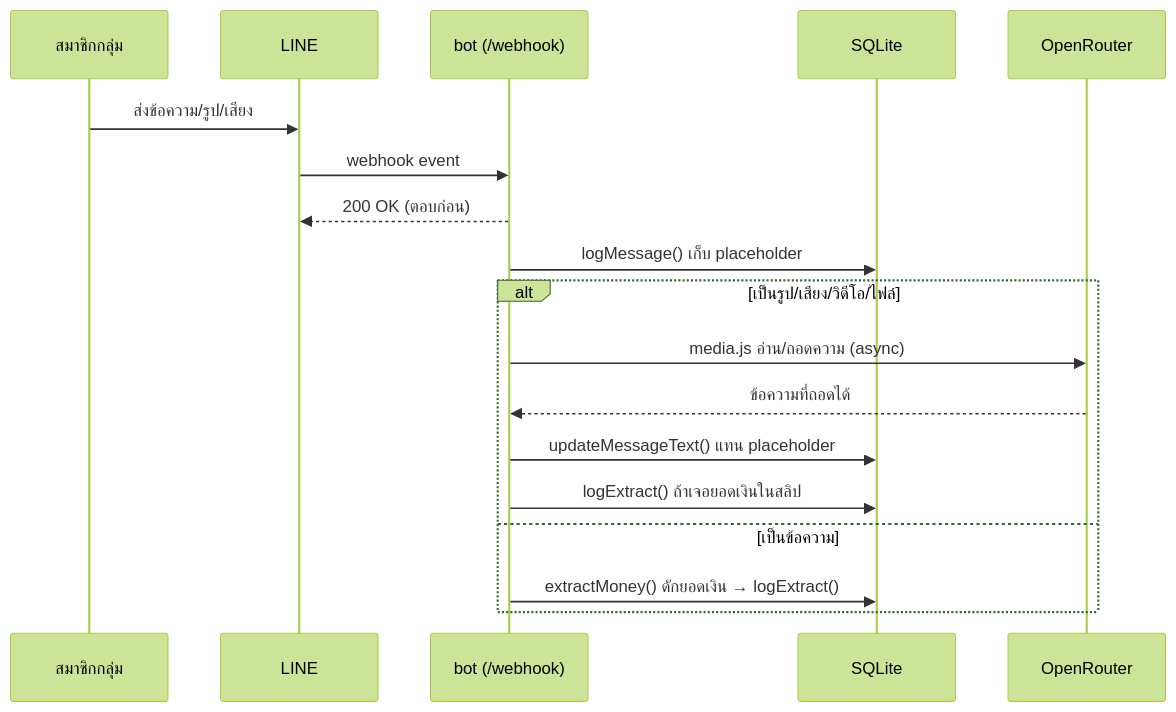
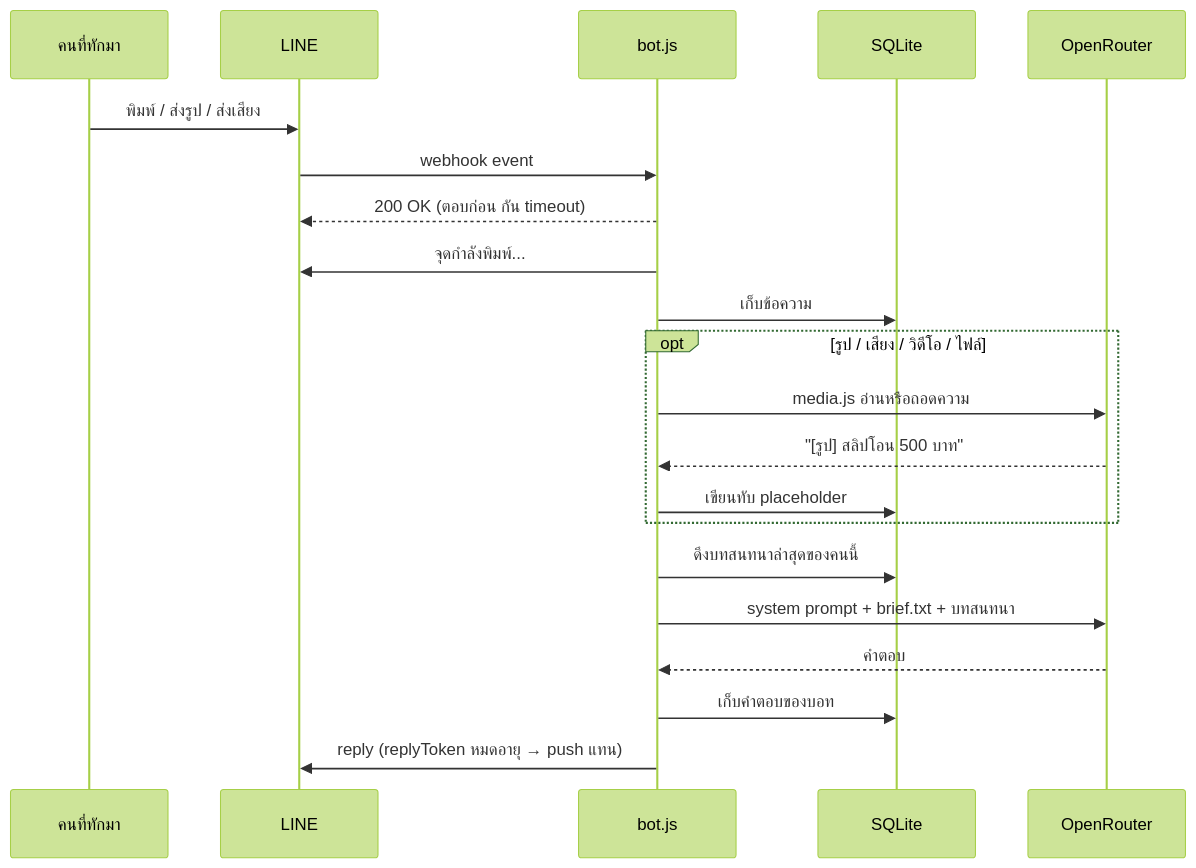
The second of 2 diagrams in WORKFLOW.md (Panya-037/line-group-bot-share), drawn with Mermaid (forest theme) before and after one commit. The commit also changed other lines of this file and 28 other files, not shown here.

First line of the commit message:
feat: เปลี่ยนเป็นแชทบอทส่วนตัว 1:1 สั่งหน้าที่ด้วย brief.txt

````diff
--- a/WORKFLOW.md
+++ b/WORKFLOW.md
@@ -36,20 +25,23 @@
 ```mermaid
 sequenceDiagram
-    participant U as สมาชิกกลุ่ม
+    participant U as คนที่ทักมา
     participant L as LINE
-    participant B as bot (/webhook)
+    participant B as bot.js
     participant DB as SQLite
     participant AI as OpenRouter
-    U->>L: ส่งข้อความ/รูป/เสียง
+    U->>L: พิมพ์ / ส่งรูป / ส่งเสียง
     L->>B: webhook event
-    B-->>L: 200 OK (ตอบก่อน)
-    B->>DB: logMessage() เก็บ placeholder
-    alt เป็นรูป/เสียง/วิดีโอ/ไฟล์
-      B->>AI: media.js อ่าน/ถอดความ (async)
-      AI-->>B: ข้อความที่ถอดได้
-      B->>DB: updateMessageText() แทน placeholder
-      B->>DB: logExtract() ถ้าเจอยอดเงินในสลิป
-    else เป็นข้อความ
-      B->>DB: extractMoney() ดักยอดเงิน → logExtract()
+    B-->>L: 200 OK (ตอบก่อน กัน timeout)
+    B->>L: จุดกำลังพิมพ์...
+    B->>DB: เก็บข้อความ
+    opt รูป / เสียง / วิดีโอ / ไฟล์
+      B->>AI: media.js อ่านหรือถอดความ
+      AI-->>B: "[รูป] สลิปโอน 500 บาท"
+      B->>DB: เขียนทับ placeholder
     end
+    B->>DB: ดึงบทสนทนาล่าสุดของคนนี้
+    B->>AI: system prompt + brief.txt + บทสนทนา
+    AI-->>B: คำตอบ
+    B->>DB: เก็บคำตอบของบอท
+    B->>L: reply (replyToken หมดอายุ → push แทน)
 ```
````
